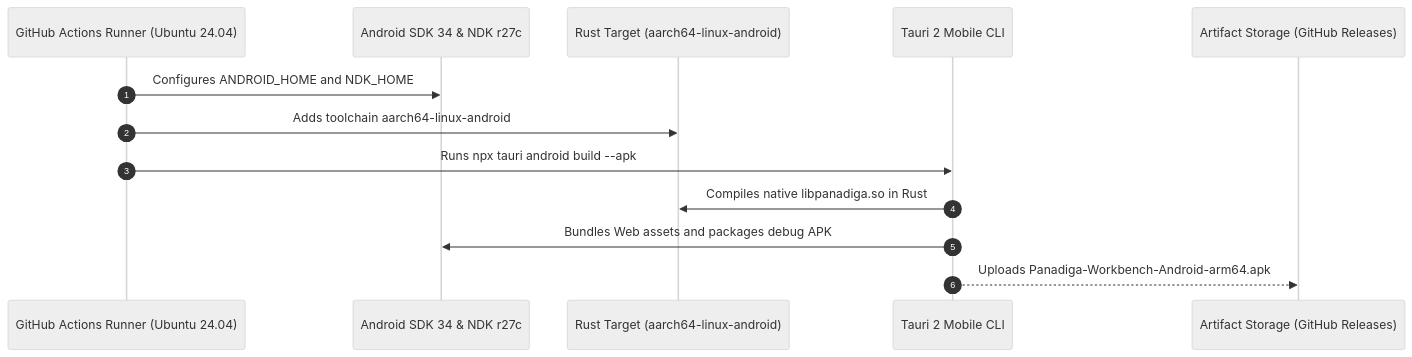
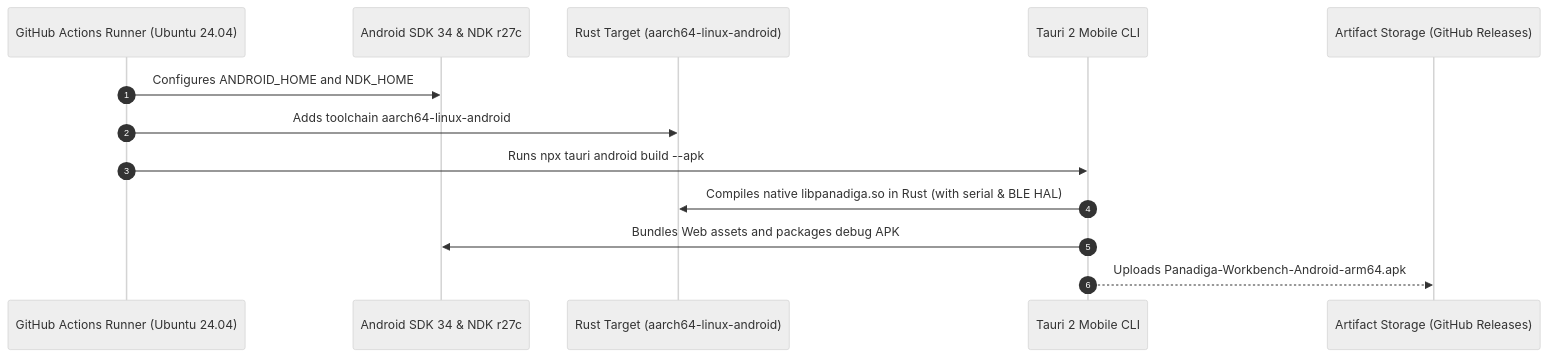
One commit to danielchrono/Panadiga changed the second of 2 diagrams in docs/en-US/ANDROID_APK_AND_BLUETOOTH_ARCHITECTURE.md. Above: the diagram before and after it, drawn with Mermaid (neutral theme). The commit also changed other lines of this file and 5 other files, not shown here.

Commit message:
docs(mobile): clarify native Rust HAL via Tauri 2 and document technical refutation of WebUSB

````diff
--- a/docs/en-US/ANDROID_APK_AND_BLUETOOTH_ARCHITECTURE.md
+++ b/docs/en-US/ANDROID_APK_AND_BLUETOOTH_ARCHITECTURE.md
@@ -126,16 +134,16 @@
 ```mermaid
 sequenceDiagram
     autonumber
     participant GA as GitHub Actions Runner (Ubuntu 24.04)
     participant SDK as Android SDK 34 & NDK r27c
     participant RUST as Rust Target (aarch64-linux-android)
     participant TAURI as Tauri 2 Mobile CLI
     participant ART as Artifact Storage (GitHub Releases)
 
     GA->>SDK: Configures ANDROID_HOME and NDK_HOME
     GA->>RUST: Adds toolchain aarch64-linux-android
     GA->>TAURI: Runs npx tauri android build --apk
-    TAURI->>RUST: Compiles native libpanadiga.so in Rust
+    TAURI->>RUST: Compiles native libpanadiga.so in Rust (with serial & BLE HAL)
     TAURI->>SDK: Bundles Web assets and packages debug APK
     TAURI-->>ART: Uploads Panadiga-Workbench-Android-arm64.apk
 ```
````
